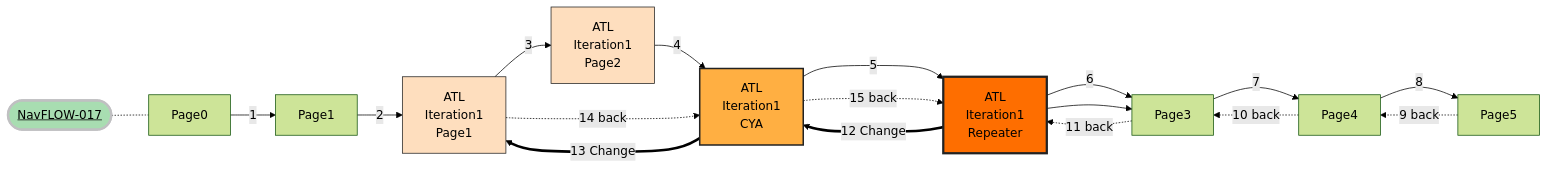
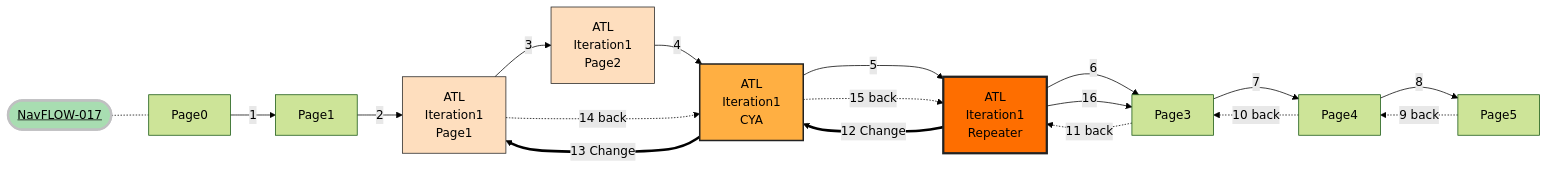
One commit to hmrc/gform-frontend changed diagram 18 of 18 in Navigation.md. Above: the diagram before and after it, drawn with Mermaid. The commit also changed other lines of this file, not shown here.

````diff
--- a/Navigation.md
+++ b/Navigation.md
@@ -598,33 +597,33 @@
 ```mermaid
 %%{init: {'theme': 'forest', "flowchart" : { "curve" : "basis" } } }%%
 graph LR;
     title([<u>NavFLOW-017</u><br>])
     title -.- Page0
     Page0 --> |1| Page1
     Page1 --> |2| ATLPage1["ATL<br>Iteration1<br>Page1"]
     ATLPage1 --> |3| ATLPage2["ATL<br>Iteration1<br>Page2"]
     ATLPage2 --> |4| ATLCYA1["ATL<br>Iteration1<br>CYA"]
     ATLCYA1 --> |5| ATLRepeater["ATL<br>Iteration1<br>Repeater"]
     ATLRepeater --> |6| Page3
     Page3 --> |7| Page4
     Page4 --> |8| Page5
     Page5 -.9 back.-> Page4
     Page4 -.10 back.-> Page3
     Page3 -.11 back.-> ATLRepeater
 
     ATLRepeater ===> |12 Change|ATLCYA1
     ATLCYA1 ===> |13 Change| ATLPage1
     ATLPage1 -.14 back.-> ATLCYA1
     ATLCYA1 -.15 back.-> ATLRepeater
-    ATLRepeater --> Page3
+    ATLRepeater --> |16| Page3
 
     classDef orange fill:#fedebe,stroke:#222,stroke-width:1px
     classDef orangeCYA fill:#ffaf42,stroke:#222,stroke-width:2px
     classDef orangeRepeater fill:#fe6e00,stroke:#222,stroke-width:3px
     class ATLRepeater orangeRepeater
     class ATLCYA1 orangeCYA
     class ATLPage2 orange
     class ATLPage1 orange
     classDef greenTitle fill:#a8ddb1 ,stroke:#c0c0c2,stroke-width:3px
     class title greenTitle
 ```
````
